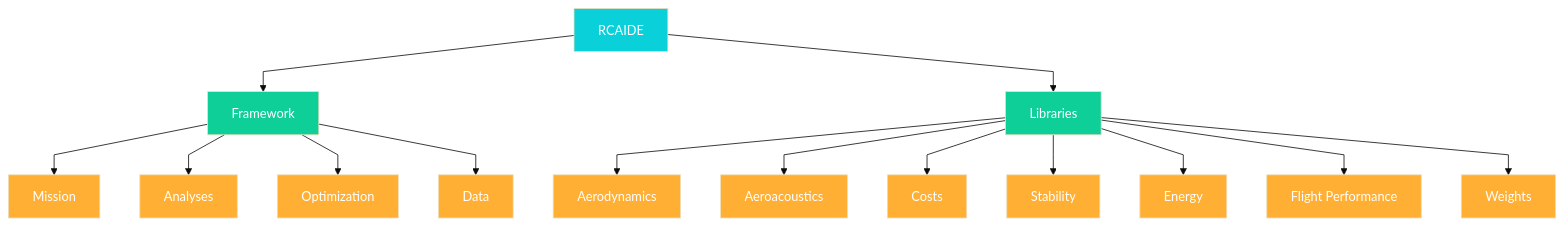
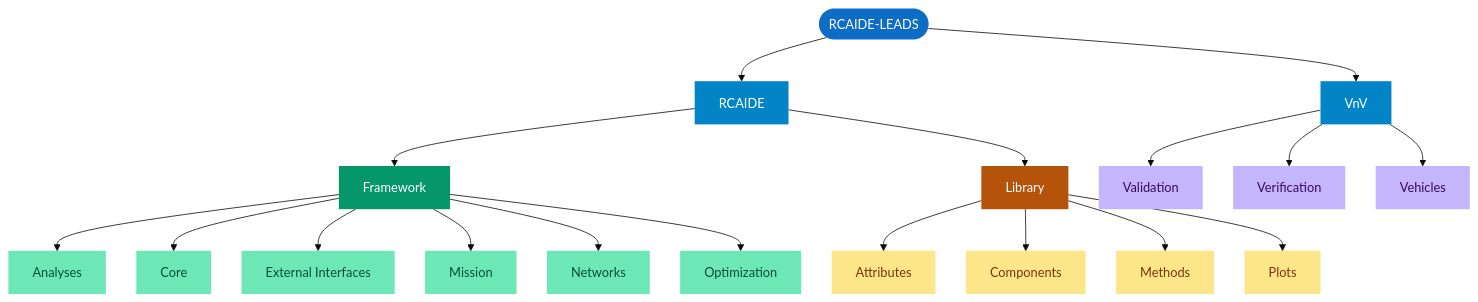
One commit to leadsgroup/RCAIDE_LEADS changed the diagram in README.md. Above: the diagram before and after it, drawn with Mermaid (base theme). The commit also changed other lines of this file and 1 other file, not shown here.

Commit message:
Revise Code Architecture and tutorials docs
Rewrite the README Code Architecture section to clarify project principles (separation of physics/numerics and declarative vehicle spec), expand descriptions of Framework, Library, and VnV, and replace the previous Mermaid diagrams with a new, more detailed flowchart and styling. Update docs/source/tutorials/tutorials.rst to provide richer tutorial content: add an overview, embed a YouTube playlist for video tutorials, and introduce a 'Written Tutorials' section before the existing toctree. These changes improve documentation clarity and onboarding for contributors and users.

````diff
--- a/README.md
+++ b/README.md
@@ -106,34 +89,46 @@
 ```mermaid
-%%{init: {'flowchart': {'curve': 'linear', 'nodeSpacing': 50, 'rankSpacing': 50}}}%%
+%%{init: {'flowchart': {'curve': 'basis', 'nodeSpacing': 38, 'rankSpacing': 52}}}%%
 flowchart TB
-    RCAIDE[RCAIDE] --> Framework
-    RCAIDE --> Libraries
-    
-    Framework --> Mission
-    Framework --> Analyses
-    Framework --> Optimization
-    Framework --> Data
-    
-    Libraries --> Aerodynamics
-    Libraries --> Aeroacoustics
-    Libraries --> Costs
-    Libraries --> Stability
-    Libraries --> Energy
-    Libraries --> FlightPerf[Flight Performance]
-    Libraries --> Weights
-    
-    style RCAIDE fill:#09d0d9,color:#fff
-    style Framework fill:#0fcf99,color:#fff
-    style Libraries fill:#0fcf99,color:#fff
-    style Mission fill:#ffaf33,color:#fff
-    style Analyses fill:#ffaf33,color:#fff
-    style Optimization fill:#ffaf33,color:#fff
-    style Data fill:#ffaf33,color:#fff
-    style Aerodynamics fill:#ffaf33,color:#fff
-    style Aeroacoustics fill:#ffaf33,color:#fff
-    style Costs fill:#ffaf33,color:#fff
-    style Stability fill:#ffaf33,color:#fff
-    style Energy fill:#ffaf33,color:#fff
-    style FlightPerf fill:#ffaf33,color:#fff
-    style Weights fill:#ffaf33,color:#fff
+    ROOT([RCAIDE-LEADS])
+
+    ROOT --> RCAIDE_PKG[RCAIDE]
+    ROOT --> VNV_PKG[VnV]
+
+    RCAIDE_PKG --> FW[Framework]
+    RCAIDE_PKG --> LIB[Library]
+
+    FW --> AN[Analyses]
+    FW --> CO[Core]
+    FW --> EI[External Interfaces]
+    FW --> MI[Mission]
+    FW --> NE[Networks]
+    FW --> OP[Optimization]
+
+    LIB --> AT[Attributes]
+    LIB --> CM[Components]
+    LIB --> ME[Methods]
+    LIB --> PL[Plots]
+
+    VNV_PKG --> VA[Validation]
+    VNV_PKG --> VE[Verification]
+    VNV_PKG --> VH[Vehicles]
+
+    style ROOT      fill:#0d6dc5,color:#fff,stroke:none
+    style RCAIDE_PKG fill:#0284c7,color:#fff,stroke:none
+    style VNV_PKG   fill:#0284c7,color:#fff,stroke:none
+    style FW        fill:#059669,color:#fff,stroke:none
+    style LIB       fill:#b45309,color:#fff,stroke:none
+    style AN        fill:#6ee7b7,color:#064e3b,stroke:none
+    style CO        fill:#6ee7b7,color:#064e3b,stroke:none
+    style EI        fill:#6ee7b7,color:#064e3b,stroke:none
+    style MI        fill:#6ee7b7,color:#064e3b,stroke:none
+    style NE        fill:#6ee7b7,color:#064e3b,stroke:none
+    style OP        fill:#6ee7b7,color:#064e3b,stroke:none
+    style AT        fill:#fde68a,color:#78350f,stroke:none
+    style CM        fill:#fde68a,color:#78350f,stroke:none
+    style ME        fill:#fde68a,color:#78350f,stroke:none
+    style PL        fill:#fde68a,color:#78350f,stroke:none
+    style VA        fill:#c4b5fd,color:#3b0764,stroke:none
+    style VE        fill:#c4b5fd,color:#3b0764,stroke:none
+    style VH        fill:#c4b5fd,color:#3b0764,stroke:none
 ```
````
